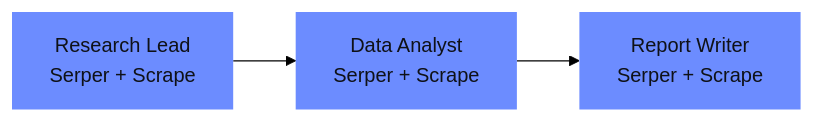
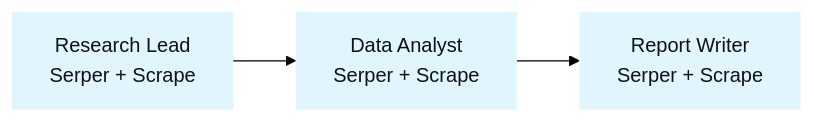
The second of 6 diagrams in README.md (mj-deving/crewai-n8n-bridge), drawn with Mermaid (forest theme) before and after one commit. The commit also changed other lines of this file, not shown here.

````diff
--- a/README.md
+++ b/README.md
@@ -55,8 +55,8 @@
 ```mermaid
 flowchart LR
     R1["Research Lead\nSerper + Scrape"] --> R2["Data Analyst\nSerper + Scrape"] --> R3["Report Writer\nSerper + Scrape"]
 
-    style R1 fill:#6c8cff,color:#0f1117,stroke:none
-    style R2 fill:#6c8cff,color:#0f1117,stroke:none
-    style R3 fill:#6c8cff,color:#0f1117,stroke:none
+    style R1 fill:#e1f5fe,color:#0f1117,stroke:none
+    style R2 fill:#e1f5fe,color:#0f1117,stroke:none
+    style R3 fill:#e1f5fe,color:#0f1117,stroke:none
 ```
````
